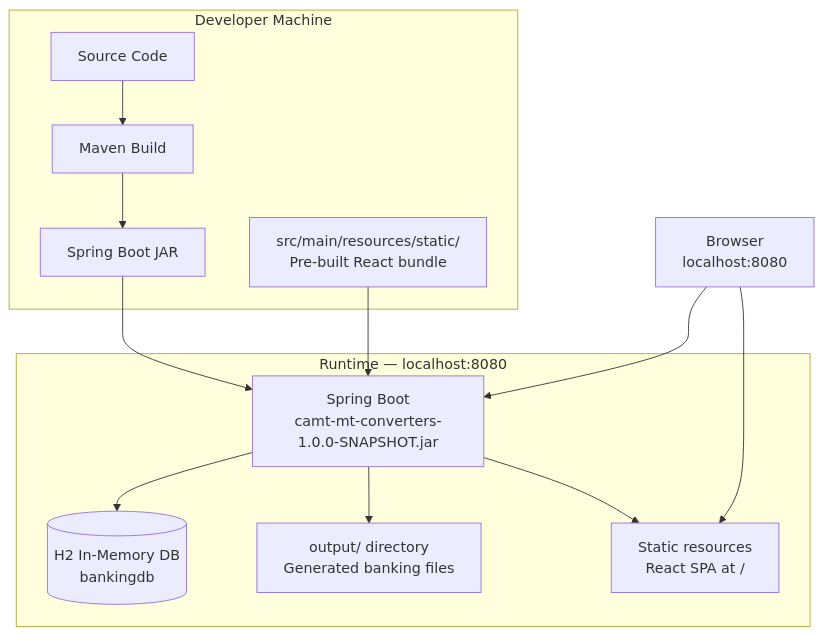
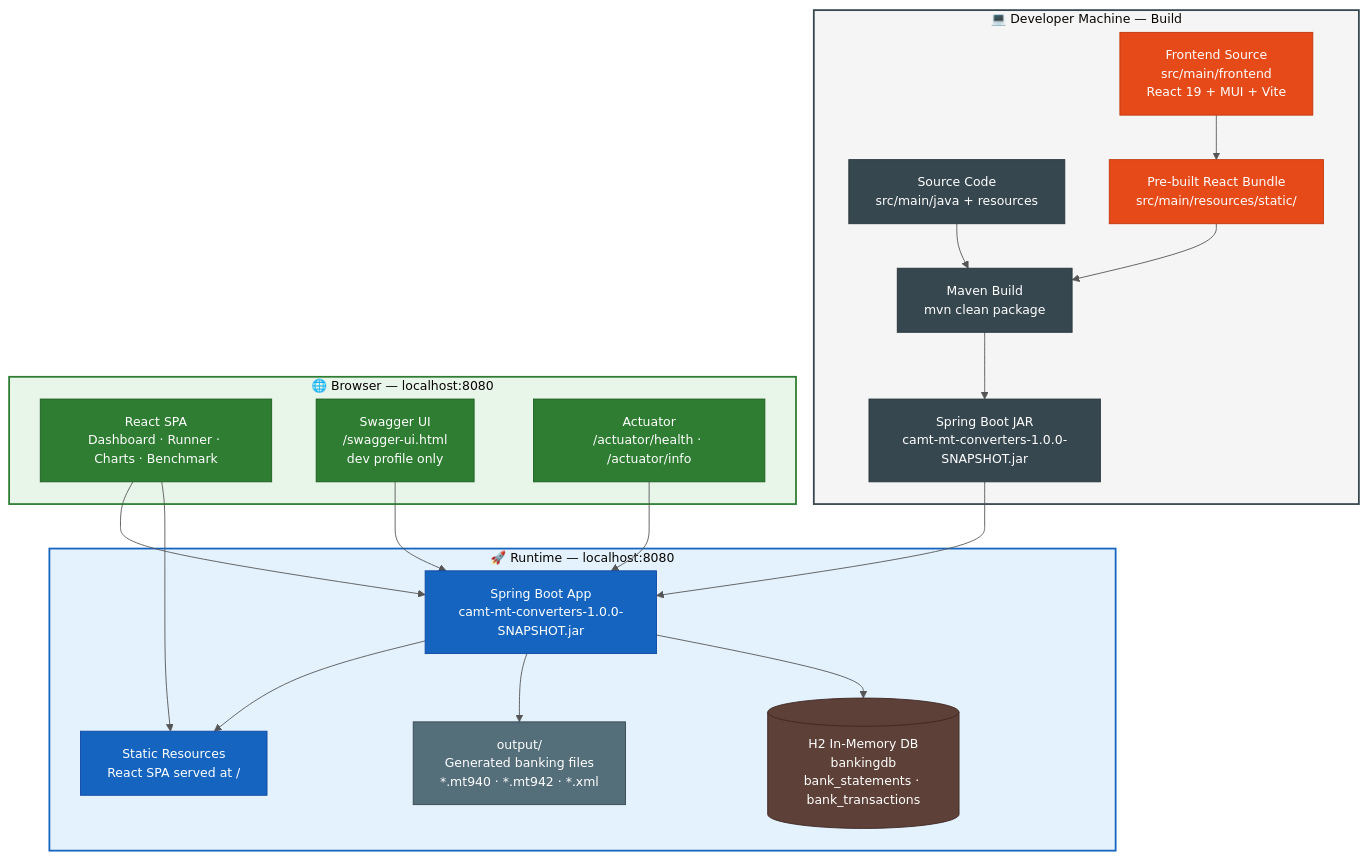
Before and after one commit to wallaceespindola/camt-mt-converters: the diagram in docs/diagrams/deployment-diagram.mmd, drawn with Mermaid. The commit also changed 116 other files, not shown here.

First line of the commit message:
Add colors to all architecture diagrams; fix component-diagram parse error

```diff
--- a/docs/diagrams/deployment-diagram.mmd
+++ b/docs/diagrams/deployment-diagram.mmd
@@ -1,23 +1,53 @@
+%%{init: {'theme': 'base', 'themeVariables': {'lineColor': '#555555', 'fontSize': '14px'}}}%%
 graph TB
-    subgraph DEV["Developer Machine"]
-        SRC[Source Code]
-        MVN[Maven Build]
-        JAR[Spring Boot JAR]
-        STATIC["src/main/resources/static/\nPre-built React bundle"]
+    subgraph DEV["💻  Developer Machine  —  Build"]
+        SRC["Source Code\nsrc/main/java + resources"]
+        FE_SRC["Frontend Source\nsrc/main/frontend\nReact 19 + MUI + Vite"]
+        STATIC["Pre-built React Bundle\nsrc/main/resources/static/"]
+        MVN["Maven Build\nmvn clean package"]
+        JAR["Spring Boot JAR\ncamt-mt-converters-1.0.0-SNAPSHOT.jar"]
+        FE_SRC --> STATIC
+        SRC --> MVN
+        STATIC --> MVN
+        MVN --> JAR
     end
 
-    subgraph RUNTIME["Runtime — localhost:8080"]
-        SB[Spring Boot\ncamt-mt-converters-1.0.0-SNAPSHOT.jar]
-        H2[(H2 In-Memory DB\nbankingdb)]
-        OUTPUT[output/ directory\nGenerated banking files]
-        STATIC_SRV[Static resources\nReact SPA at /]
+    subgraph RUNTIME["🚀  Runtime  —  localhost:8080"]
+        SB["Spring Boot App\ncamt-mt-converters-1.0.0-SNAPSHOT.jar"]
+        H2[("H2 In-Memory DB\nbankingdb\nbank_statements · bank_transactions")]
+        OUTPUT["output/\nGenerated banking files\n*.mt940 · *.mt942 · *.xml"]
+        STATIC_SRV["Static Resources\nReact SPA served at /"]
+        SB --> H2
+        SB --> OUTPUT
+        SB --> STATIC_SRV
     end
 
-    SRC --> MVN --> JAR
+    subgraph BROWSER["🌐  Browser  —  localhost:8080"]
+        SPA["React SPA\nDashboard · Runner · Charts · Benchmark"]
+        SWAGGER["Swagger UI\n/swagger-ui.html\ndev profile only"]
+        ACTUATOR["Actuator\n/actuator/health · /actuator/info"]
+    end
+
     JAR --> SB
-    SB --> H2
-    SB --> OUTPUT
-    STATIC --> SB --> STATIC_SRV
+    SPA --> STATIC_SRV
+    SPA --> SB
+    SWAGGER --> SB
+    ACTUATOR --> SB
 
-    CLIENT[Browser\nlocalhost:8080] --> STATIC_SRV
-    CLIENT --> SB
+    classDef buildCls   fill:#37474F,stroke:#263238,color:#fff
+    classDef feCls      fill:#E64A19,stroke:#BF360C,color:#fff
+    classDef runtimeCls fill:#1565C0,stroke:#0D47A1,color:#fff
+    classDef dbCls      fill:#5D4037,stroke:#3E2723,color:#fff
+    classDef outCls     fill:#546E7A,stroke:#37474F,color:#fff
+    classDef browserCls fill:#2E7D32,stroke:#1B5E20,color:#fff
+
+    class SRC,MVN,JAR buildCls
+    class FE_SRC,STATIC feCls
+    class SB,STATIC_SRV runtimeCls
+    class H2 dbCls
+    class OUTPUT outCls
+    class SPA,SWAGGER,ACTUATOR browserCls
+
+    style DEV     fill:#F5F5F5,stroke:#37474F,stroke-width:2px
+    style RUNTIME fill:#E3F2FD,stroke:#1565C0,stroke-width:2px
+    style BROWSER fill:#E8F5E9,stroke:#2E7D32,stroke-width:2px
```
